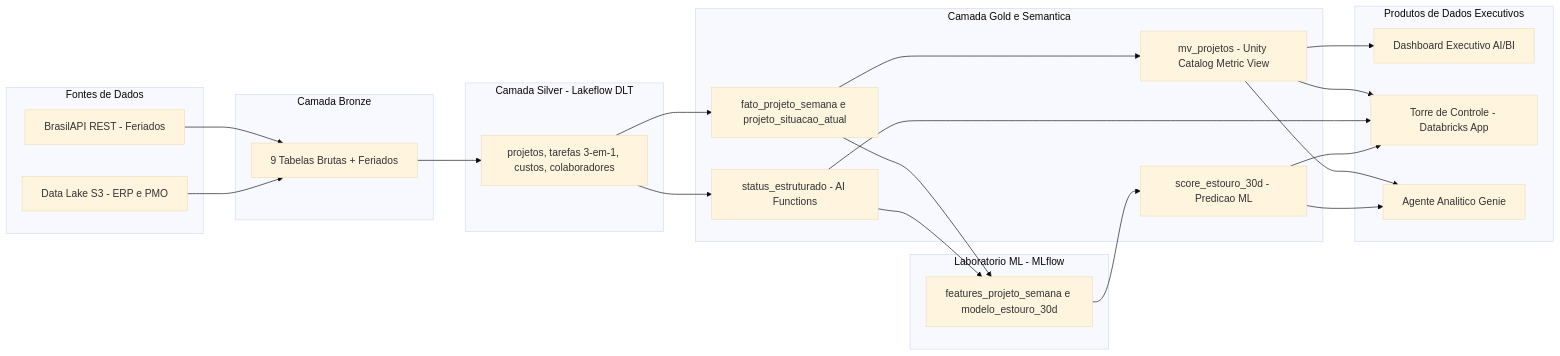
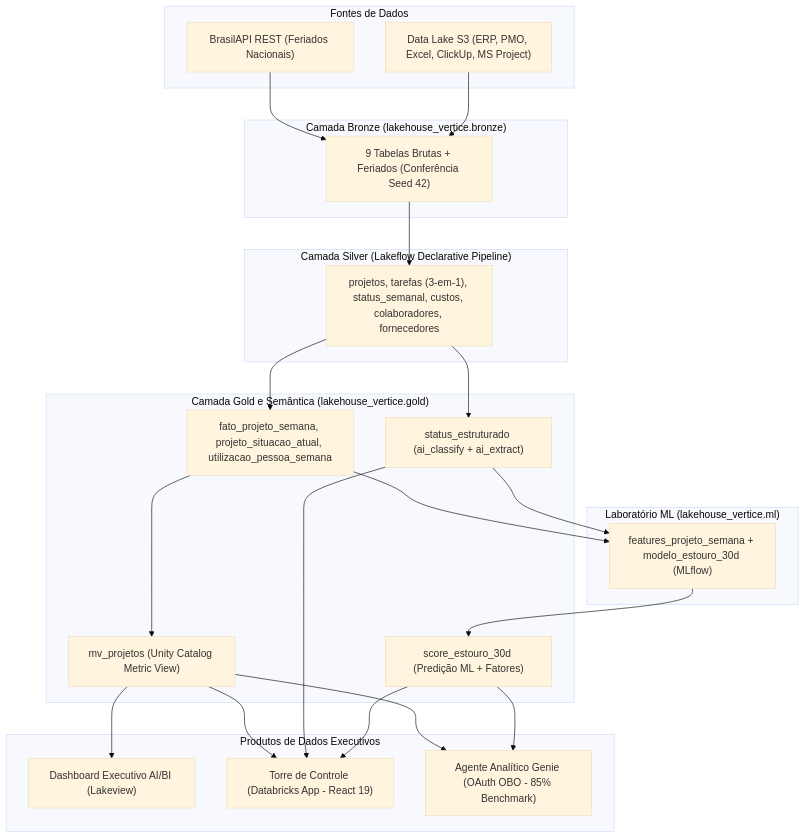
One commit to Bauer-analytics1910/databricks-lakehouse-control-tower changed the diagram in README.md. Above: the diagram before and after it, drawn with Mermaid (base theme).

Commit message:
fix(docs): padroniza diagrama Mermaid com flowchart TD e rótulos entre aspas duplas

````diff
--- a/README.md
+++ b/README.md
@@ -33,48 +33,48 @@
 ```mermaid
-flowchart LR
+flowchart TD
     subgraph Fontes["Fontes de Dados"]
-        API["BrasilAPI REST - Feriados"]
-        S3["Data Lake S3 - ERP e PMO"]
+        API["BrasilAPI REST (Feriados Nacionais)"]
+        S3["Data Lake S3 (ERP, PMO, Excel, ClickUp, MS Project)"]
     end
 
-    subgraph Bronze["Camada Bronze"]
-        B1["9 Tabelas Brutas + Feriados"]
+    subgraph Bronze["Camada Bronze (lakehouse_vertice.bronze)"]
+        B1["9 Tabelas Brutas + Feriados (Conferência Seed 42)"]
     end
 
-    subgraph Silver["Camada Silver - Lakeflow DLT"]
-        S1["projetos, tarefas 3-em-1, custos, colaboradores"]
+    subgraph Silver["Camada Silver (Lakeflow Declarative Pipeline)"]
+        S1["projetos, tarefas (3-em-1), status_semanal, custos, colaboradores, fornecedores"]
     end
 
-    subgraph Gold["Camada Gold e Semantica"]
-        G1["fato_projeto_semana e projeto_situacao_atual"]
-        G2["status_estruturado - AI Functions"]
-        G3["mv_projetos - Unity Catalog Metric View"]
-        G4["score_estouro_30d - Predicao ML"]
+    subgraph Gold["Camada Gold e Semântica (lakehouse_vertice.gold)"]
+        G1["fato_projeto_semana, projeto_situacao_atual, utilizacao_pessoa_semana"]
+        G2["status_estruturado (ai_classify + ai_extract)"]
+        G3["mv_projetos (Unity Catalog Metric View)"]
+        G4["score_estouro_30d (Predição ML + Fatores)"]
     end
 
-    subgraph ML["Laboratorio ML - MLflow"]
-        M1["features_projeto_semana e modelo_estouro_30d"]
+    subgraph ML["Laboratório ML (lakehouse_vertice.ml)"]
+        M1["features_projeto_semana + modelo_estouro_30d (MLflow)"]
     end
 
     subgraph Consumo["Produtos de Dados Executivos"]
-        D1["Dashboard Executivo AI/BI"]
-        D2["Torre de Controle - Databricks App"]
-        D3["Agente Analitico Genie"]
+        D1["Dashboard Executivo AI/BI (Lakeview)"]
+        D2["Torre de Controle (Databricks App - React 19)"]
+        D3["Agente Analítico Genie (OAuth OBO - 85% Benchmark)"]
     end
 
     API --> B1
     S3 --> B1
     B1 --> S1
     S1 --> G1
     S1 --> G2
     G1 --> M1
     G2 --> M1
     M1 --> G4
     G1 --> G3
     G3 --> D1
     G3 --> D2
     G3 --> D3
     G2 --> D2
     G4 --> D2
     G4 --> D3
 ```
````
